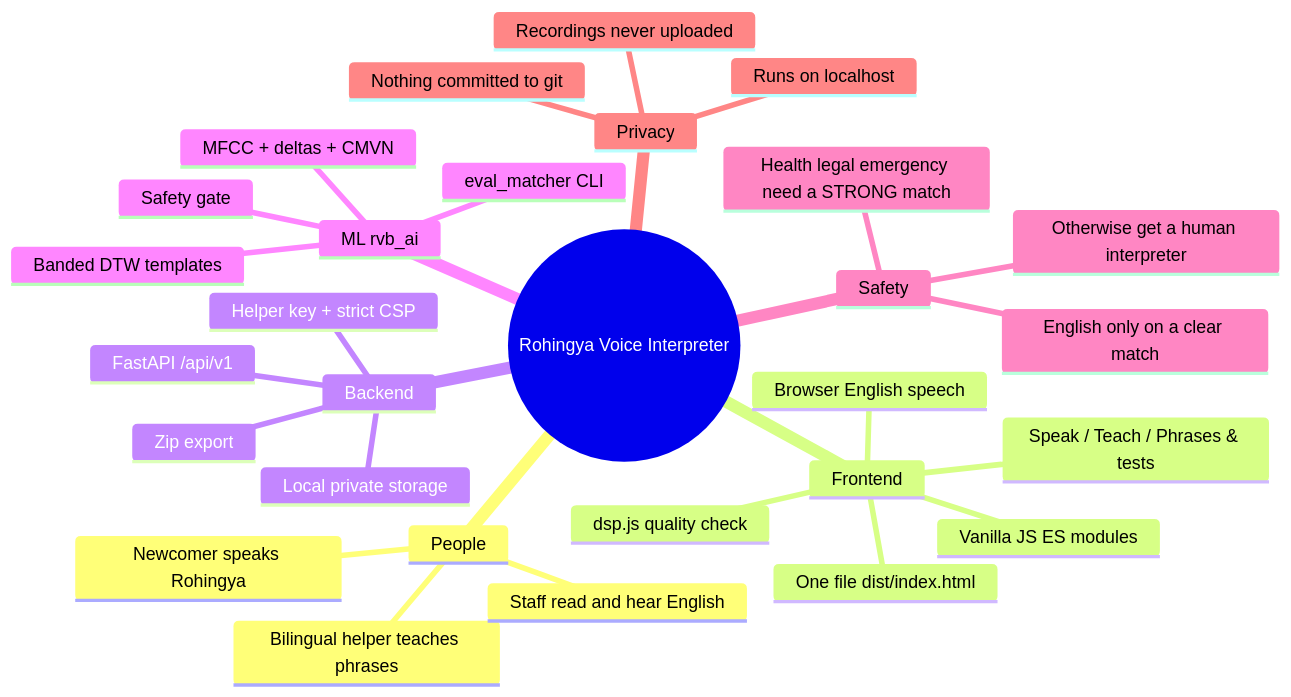
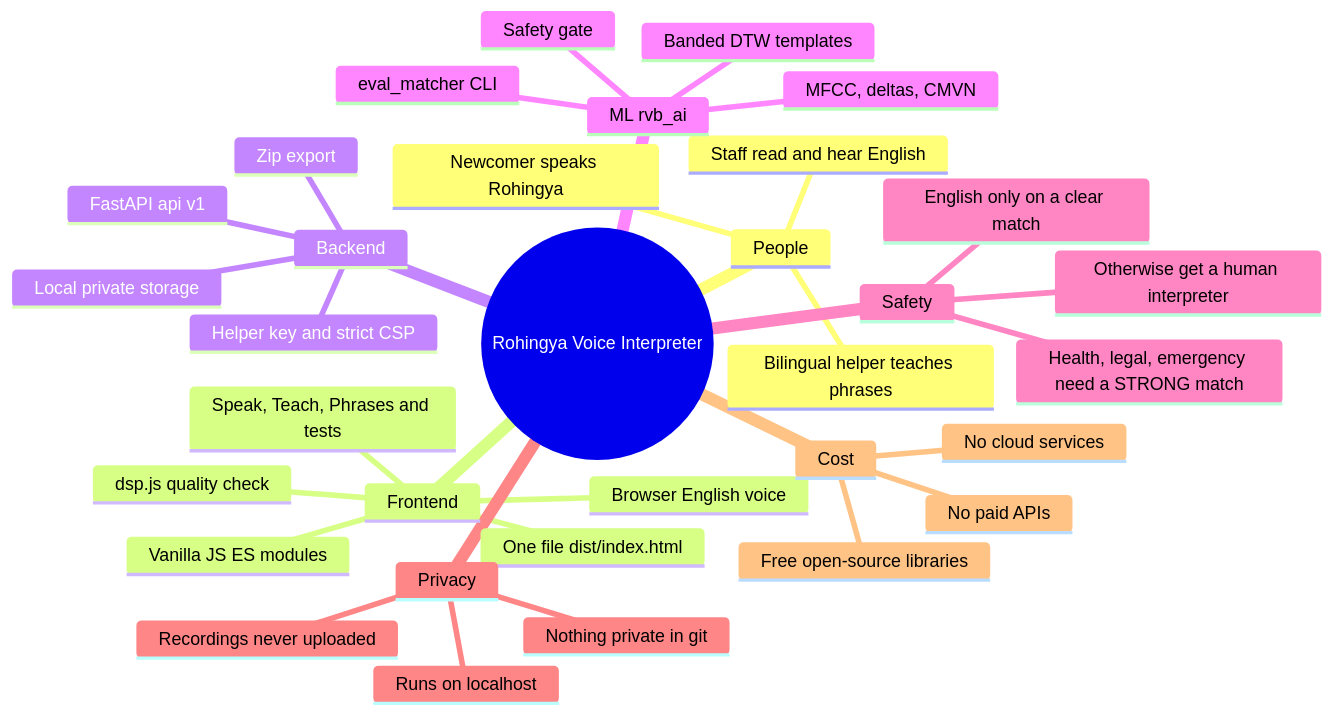
The first of 4 diagrams in README.md (msamin-25/Rohingya-Watai-proj), drawn with Mermaid before and after one commit. The commit also changed other lines of this file and 8 other files, not shown here.

First line of the commit message:
docs: single README with draw.io architecture; remove paid CI

````diff
--- a/README.md
+++ b/README.md
@@ -29,32 +66,36 @@
 ```mermaid
 mindmap
   root((Rohingya Voice Interpreter))
     People
       Newcomer speaks Rohingya
       Bilingual helper teaches phrases
       Staff read and hear English
     Frontend
       Vanilla JS ES modules
       One file dist/index.html
-      Speak / Teach / Phrases & tests
+      Speak, Teach, Phrases and tests
       dsp.js quality check
-      Browser English speech
+      Browser English voice
     Backend
-      FastAPI /api/v1
-      Helper key + strict CSP
+      FastAPI api v1
+      Helper key and strict CSP
       Local private storage
       Zip export
     ML rvb_ai
-      MFCC + deltas + CMVN
+      MFCC, deltas, CMVN
       Banded DTW templates
       Safety gate
       eval_matcher CLI
     Safety
       English only on a clear match
-      Health legal emergency need a STRONG match
+      Health, legal, emergency need a STRONG match
       Otherwise get a human interpreter
     Privacy
       Runs on localhost
       Recordings never uploaded
-      Nothing committed to git
+      Nothing private in git
+    Cost
+      No paid APIs
+      No cloud services
+      Free open-source libraries
 ```
````
